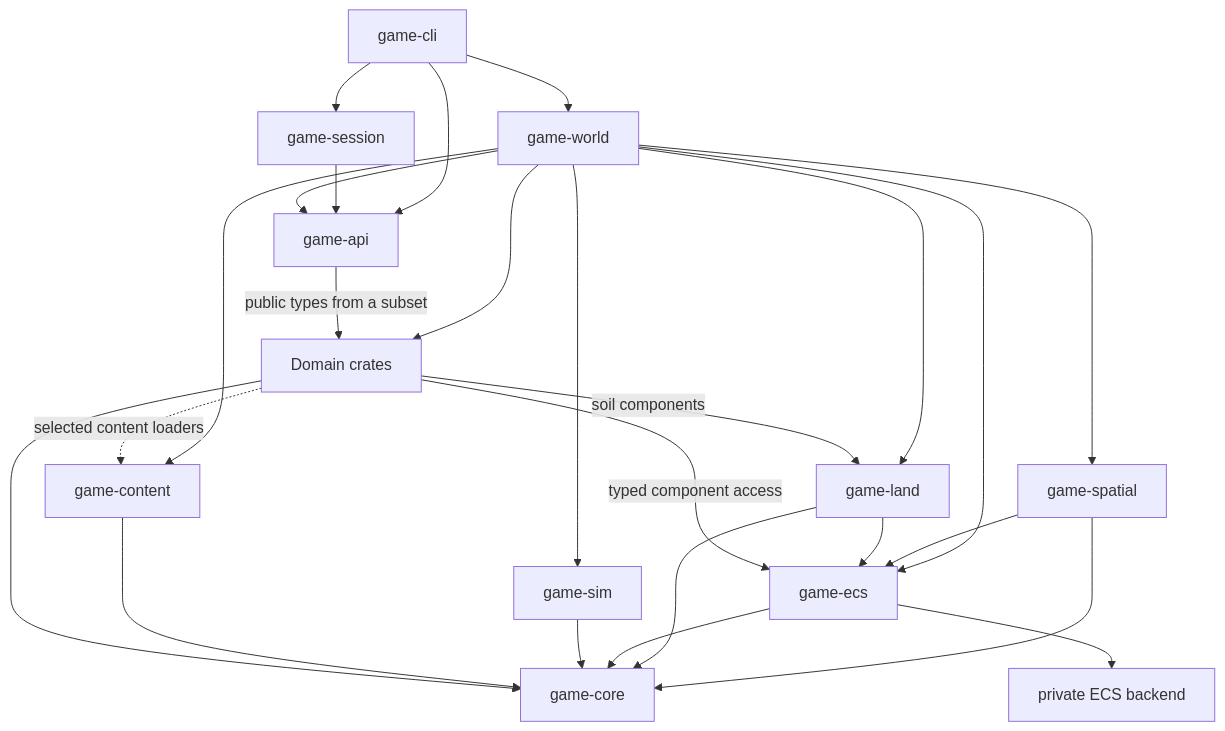
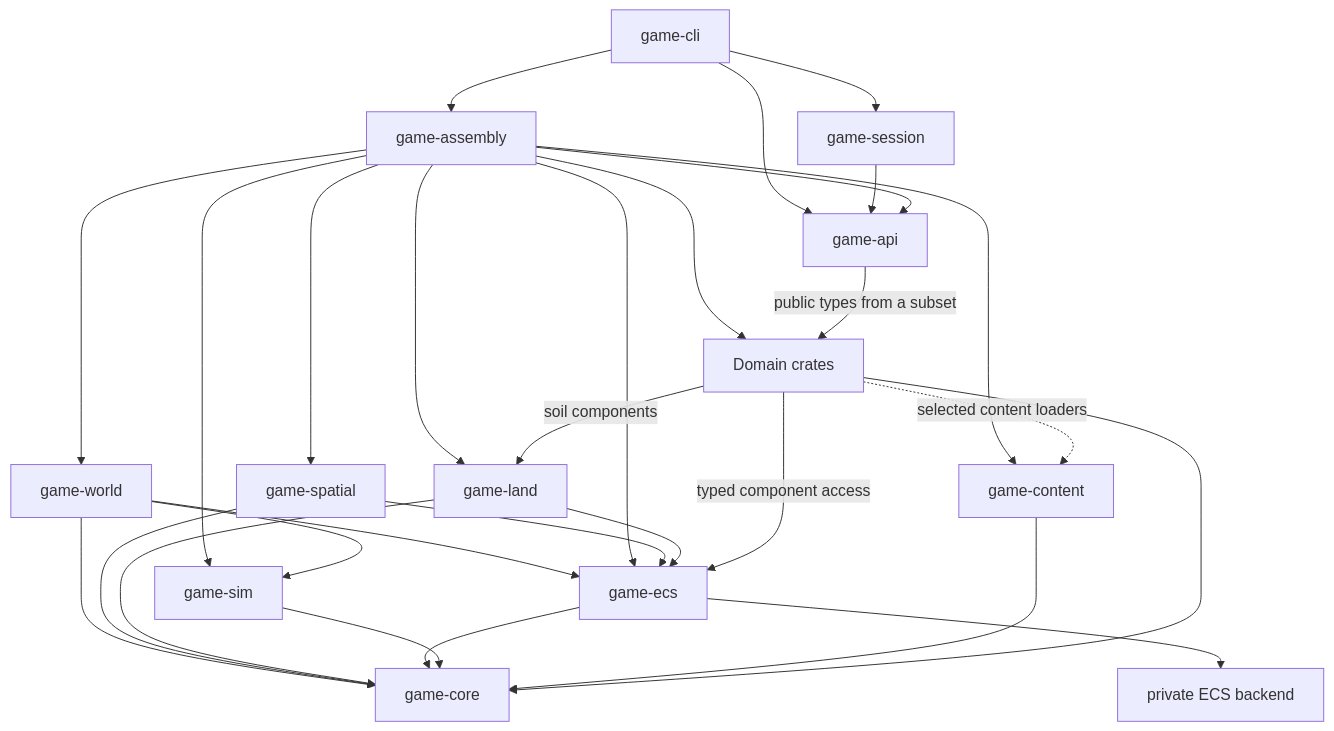
Before and after one commit to pmarathe25/Legacy: the diagram in crates/README.md, drawn with Mermaid. The commit also changed other lines of this file and 77 other files, not shown here.

Commit message:
Separate feature-agnostic world infrastructure from game assembly

````diff
--- a/crates/README.md
+++ b/crates/README.md
@@ -11,27 +9,31 @@
 ```mermaid
 flowchart TD
     CLI[game-cli] --> Session[game-session]
-    CLI --> World[game-world]
+    CLI --> Assembly[game-assembly]
     CLI --> API[game-api]
     Session --> API
-    World --> API
-    World --> Sim[game-sim]
-    World --> Content[game-content]
+    Assembly --> API
+    Assembly --> Sim[game-sim]
+    Assembly --> World[game-world]
+    World --> Sim
     World --> ECS
-    World --> Land[game-land]
-    World --> Spatial[game-spatial]
+    World --> Core
+    Assembly --> Content[game-content]
+    Assembly --> ECS
+    Assembly --> Land[game-land]
+    Assembly --> Spatial[game-spatial]
     Spatial --> ECS
     Spatial --> Core
     Land --> ECS
     Land --> Core
     Domains -->|soil components| Land
     Domains -->|typed component access| ECS[game-ecs]
     ECS --> Core
     ECS --> Backend[private ECS backend]
-    World --> Domains[Domain crates]
+    Assembly --> Domains[Domain crates]
     API -->|public types from a subset| Domains
     Sim --> Core[game-core]
     Content --> Core
     Domains --> Core
     Domains -. selected content loaders .-> Content
 ```
````
